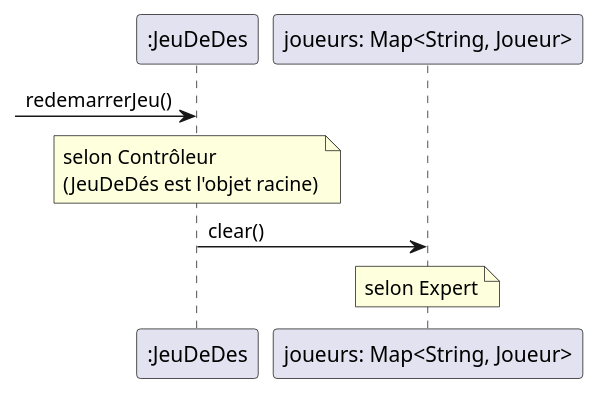
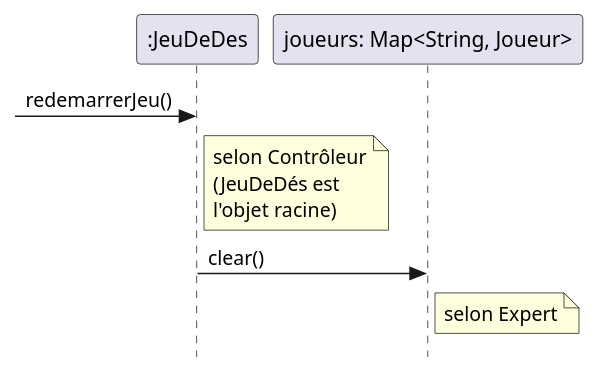
The diagram in docs/modeles/rdcu-redemarrerJeu.puml (cc-probitaille/laboratoire-0-kingNomad3), drawn with PlantUML before and after one commit. The commit also changed 6 other files, not shown here.

```diff
--- a/docs/modeles/rdcu-redemarrerJeu.puml
+++ b/docs/modeles/rdcu-redemarrerJeu.puml
@@ -1,17 +1,19 @@
 @startuml RDCU pour redemarrerJeu
+skinparam style strictuml
 participant ":JeuDeDes" as JD
 participant "joueurs: Map<String, Joueur>" as M
 
 -> JD : redemarrerJeu()
 
-note over JD
+note right JD
 selon Contrôleur
-(JeuDeDés est l'objet racine)
+(JeuDeDés est
+l'objet racine)
 end note
 
 JD -> M : clear()
 
-note over M
+note right M
 selon Expert
 end note
 @enduml
```
